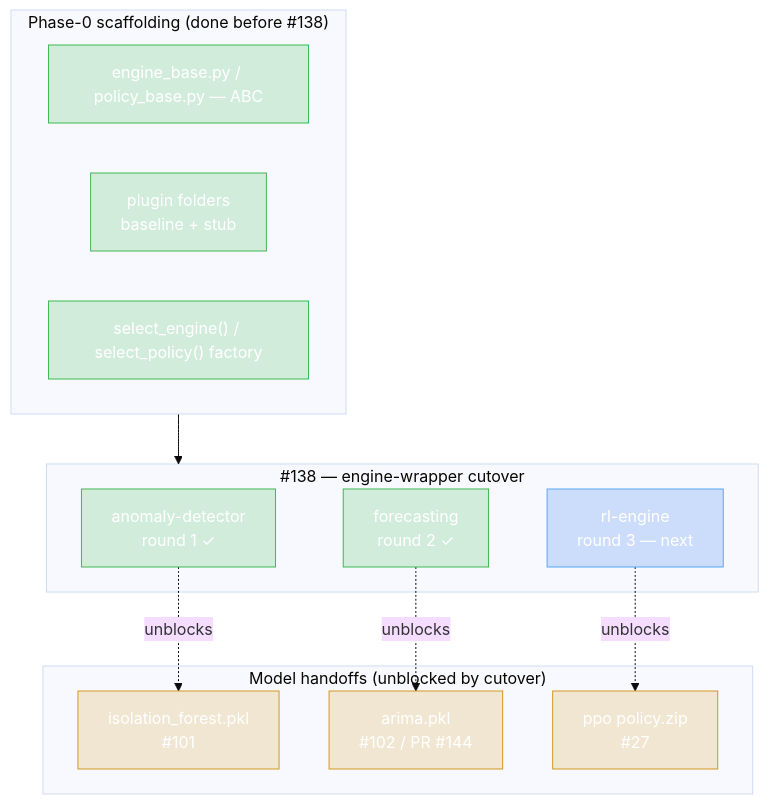
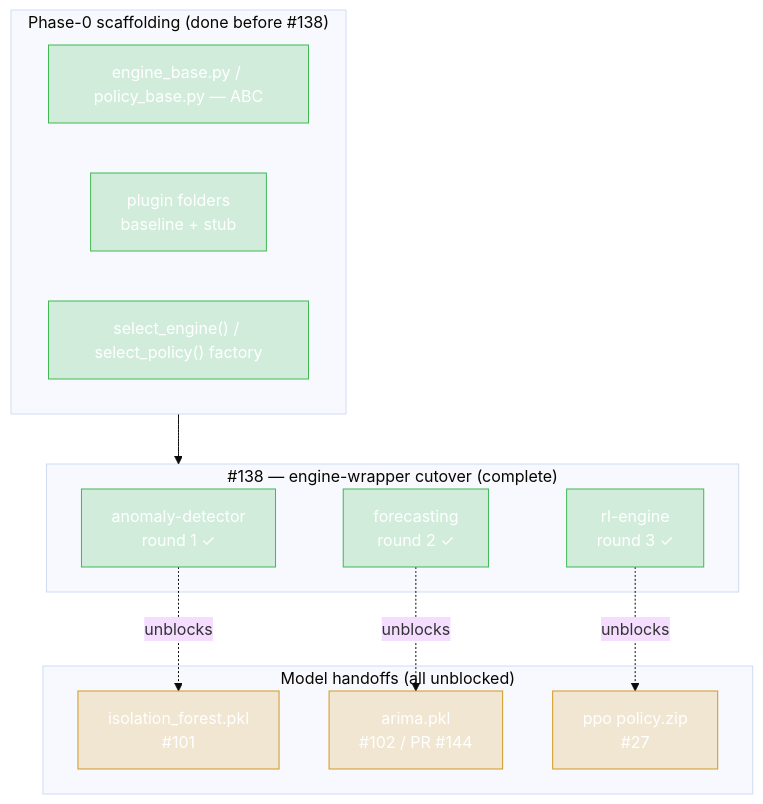
One commit to TasneemEltabakh/smartload changed the first of 4 diagrams in docs/PROJECT_WALKTHROUGH.md. Above: the diagram before and after it, drawn with Mermaid (base theme). The commit also changed other lines of this file and 4 other files, not shown here.

````diff
--- a/docs/PROJECT_WALKTHROUGH.md
+++ b/docs/PROJECT_WALKTHROUGH.md
@@ -1067,32 +1067,30 @@
 ```mermaid
 flowchart TB
   subgraph SCAFFOLD["Phase-0 scaffolding (done before #138)"]
     S1["engine_base.py / policy_base.py — ABC"]
     S2["plugin folders<br/>baseline + stub"]
     S3["select_engine() / select_policy() factory"]
   end
 
-  subgraph CUTOVER["#138 — engine-wrapper cutover"]
+  subgraph CUTOVER["#138 — engine-wrapper cutover (complete)"]
     C1["anomaly-detector<br/>round 1 ✓"]
     C2["forecasting<br/>round 2 ✓"]
-    C3["rl-engine<br/>round 3 — next"]
+    C3["rl-engine<br/>round 3 ✓"]
   end
 
-  subgraph MODELS["Model handoffs (unblocked by cutover)"]
+  subgraph MODELS["Model handoffs (all unblocked)"]
     M1["isolation_forest.pkl<br/>#101"]
     M2["arima.pkl<br/>#102 / PR #144"]
     M3["ppo policy.zip<br/>#27"]
   end
 
   SCAFFOLD --> CUTOVER
   C1 -.unblocks.-> M1
   C2 -.unblocks.-> M2
   C3 -.unblocks.-> M3
 
   classDef done fill:#3fb95033,stroke:#3fb950,color:#fff
-  classDef next fill:#1f6feb33,stroke:#58a6ff,color:#fff
   classDef pending fill:#d2992233,stroke:#d29922,color:#fff
-  class S1,S2,S3,C1,C2 done
-  class C3 next
+  class S1,S2,S3,C1,C2,C3 done
   class M1,M2,M3 pending
 ```
````
